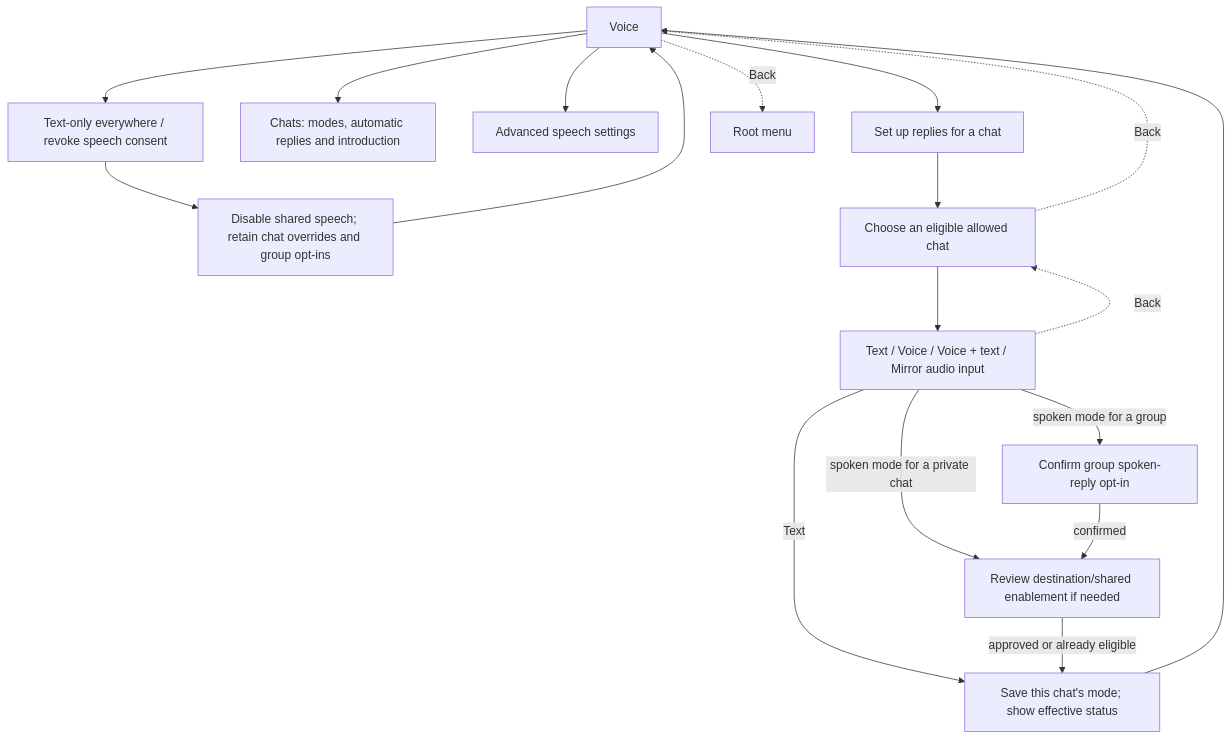
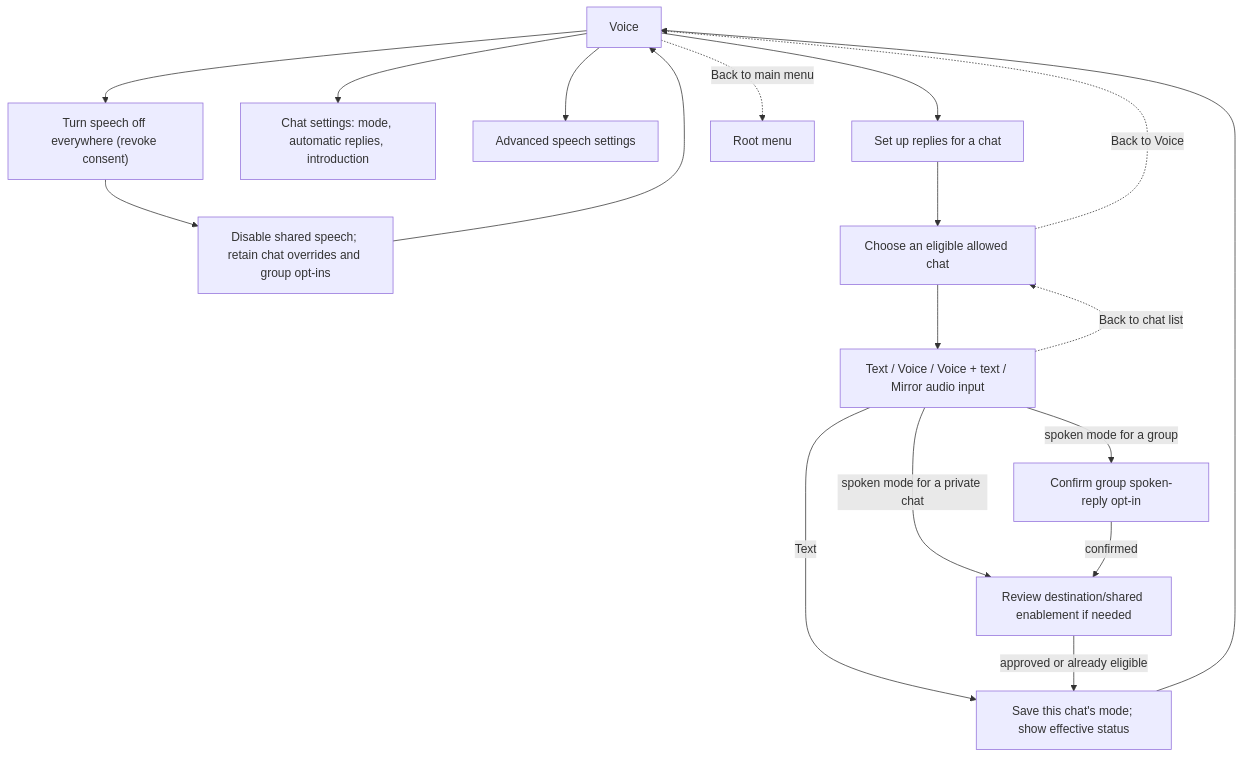
One commit to jagaliano/whatsapp-ng changed the seventh of 11 diagrams in docs/menu-diagrams.md. Above: the diagram before and after it, drawn with Mermaid. The commit also changed other lines of this file and 33 other files, not shown here.

First line of the commit message:
feat(menu): clarify terminal navigation and localize settings

````diff
--- a/docs/menu-diagrams.md
+++ b/docs/menu-diagrams.md
@@ -172,20 +173,20 @@
 ```mermaid
 flowchart TB
     Voice["Voice"] --> Setup["Set up replies for a chat"]
-    Voice --> Manage["Chats: modes, automatic replies and introduction"]
+    Voice --> Manage["Chat settings: mode, automatic replies, introduction"]
     Voice --> Advanced["Advanced speech settings"]
-    Voice --> Revoke["Text-only everywhere / revoke speech consent"]
+    Voice --> Revoke["Turn speech off everywhere (revoke consent)"]
     Revoke --> Retain["Disable shared speech; retain chat overrides and group opt-ins"]
     Retain --> Voice
-    Voice -. "Back" .-> Root["Root menu"]
+    Voice -. "Back to main menu" .-> Root["Root menu"]
     Setup --> Chat["Choose an eligible allowed chat"]
     Chat --> Mode["Text / Voice / Voice + text / Mirror audio input"]
-    Chat -. "Back" .-> Voice
-    Mode -. "Back" .-> Chat
+    Chat -. "Back to Voice" .-> Voice
+    Mode -. "Back to chat list" .-> Chat
     Mode -->|"Text"| Save["Save this chat's mode; show effective status"]
     Mode -->|"spoken mode for a group"| GroupConsent["Confirm group spoken-reply opt-in"]
     Mode -->|"spoken mode for a private chat"| Consent["Review destination/shared enablement if needed"]
     GroupConsent -->|"confirmed"| Consent
     Consent -->|"approved or already eligible"| Save
     Save --> Voice
 ```
````
